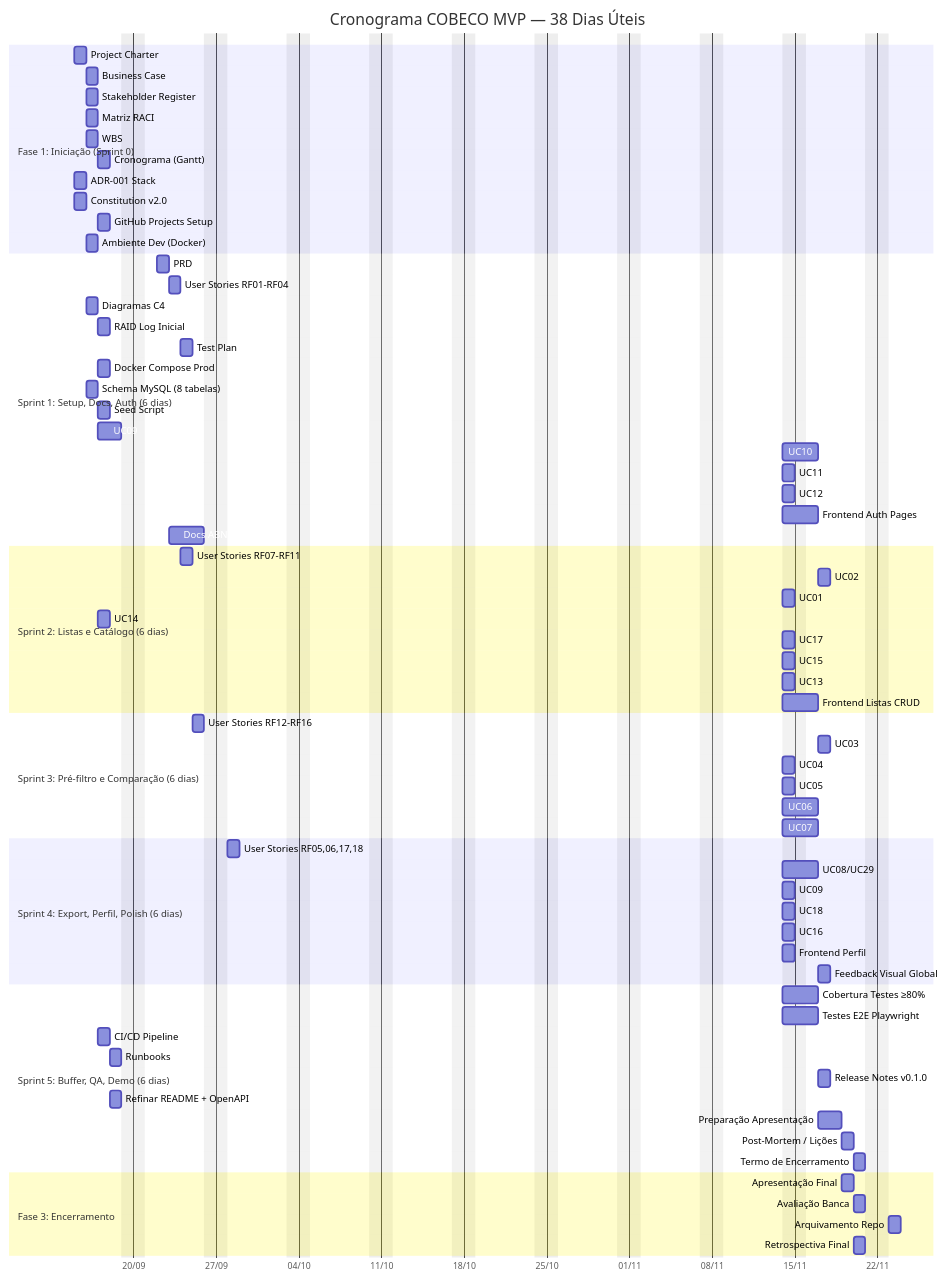
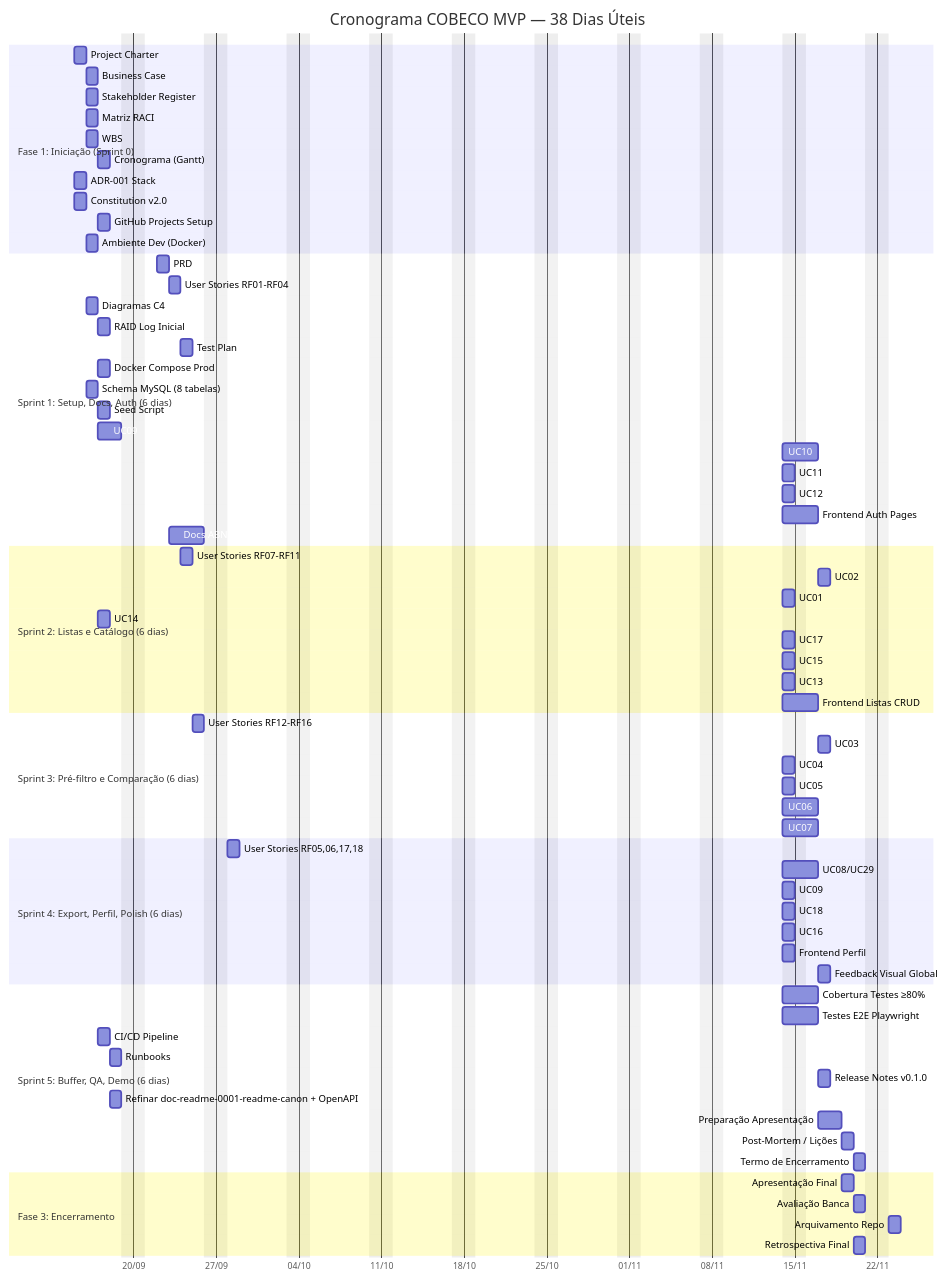
Before and after one commit to leonardosetti/COBECO: the first of 2 diagrams in docs/strategy/SCHEDULE.md, drawn with Mermaid. The commit also changed other lines of this file and 1425 other files, not shown here.

````diff
--- a/docs/strategy/SCHEDULE.md
+++ b/docs/strategy/SCHEDULE.md
@@ -13,79 +13,79 @@
 ```mermaid
 gantt
     title Cronograma COBECO MVP — 38 Dias Úteis
     dateFormat  YYYY-MM-DD
     axisFormat  %d/%m
     excludes    weekends
 
     section Fase 1: Iniciação (Sprint 0)
     Project Charter           :a1, 2026-09-15, 1d
     Business Case             :a2, after a1, 0.5d
     Stakeholder Register      :a3, after a1, 0.5d
     Matriz RACI               :a4, after a1, 0.5d
     WBS                       :a5, after a1, 0.5d
     Cronograma (Gantt)        :a6, after a5, 0.5d
     ADR-001 Stack             :a7, 2026-09-15, 1d
     Constitution v2.0         :a8, 2026-09-15, 0.5d
     GitHub Projects Setup     :a9, after a4, 1d
     Ambiente Dev (Docker)     :a10, after a7, 1d
 
     section Sprint 1: Setup, Docs, Auth (6 dias)
     PRD                       :b1, 2026-09-22, 1d
     User Stories RF01-RF04    :b2, after b1, 1d
     Diagramas C4              :b3, after a7, 1d
     RAID Log Inicial          :b4, after a3, 0.5d
     Test Plan                 :b5, after b2, 0.5d
     Docker Compose Prod       :b6, after a10, 1d
     Schema MySQL (8 tabelas)  :b7, after a7, 1d
     Seed Script               :b8, after b7, 1d
     UC09: Cadastrar Usuario   :b9, after b7, 1.5d
     UC10: Login JWT           :b10, after b9, 1.5d
     UC11: Logout              :b11, after b10, 0.5d
     UC12: Recuperar Senha     :b12, after b9, 1d
     Frontend Auth Pages       :b13, after b9, 2d
     Docs ABNT                 :b14, after b1, 3d
 
     section Sprint 2: Listas e Catálogo (6 dias)
     User Stories RF07-RF11    :c1, after b2, 0.5d
     UC02: Autocomplete        :c2, after b13, 1d
     UC01: Lista em Memória    :c3, after c2, 1d
     UC14: Salvar Lista        :c4, after b7, 1d
     UC17: Promover Lista      :c5, after c3 c4, 1d
     UC15: Listar Minhas Listas:c6, after c4, 1d
     UC13: Editar/Excluir Lista:c7, after c6, 1d
     Frontend Listas CRUD      :c8, after c4 c6, 2d
 
     section Sprint 3: Pré-filtro e Comparação (6 dias)
     User Stories RF12-RF16    :d1, after c1, 0.5d
     UC03: Selecionar Categorias:d2, after c8, 1d
     UC04: Selecionar Forneced.:d3, after d2, 1d
     UC05: Filtrar Disponibil. :d4, after d3, 1d
     UC06: Calcular Orçamento  :d5, after c4, 1.5d
     UC07: Visualizar Resultados:d6, after d5, 1.5d
 
     section Sprint 4: Export, Perfil, Polish (6 dias)
     User Stories RF05,06,17,18:e1, after d1, 0.5d
     UC08/UC29: Export PDF     :e2, after c4, 1.5d
     UC09: Otimização Impressão:e3, after e2, 1d
     UC18: Visualizar Perfil   :e4, after b9, 1d
     UC16: Gerenciar Perfil    :e5, after e4, 1d
     Frontend Perfil           :e6, after e4, 1d
     Feedback Visual Global    :e7, after c8, 1d
 
     section Sprint 5: Buffer, QA, Demo (6 dias)
     Cobertura Testes ≥80%     :f1, after e2, 2d
     Testes E2E Playwright     :f2, after e2, 1.5d
     CI/CD Pipeline            :f3, after a10, 1d
     Runbooks                  :f4, after f3, 1d
     Release Notes v0.1.0      :f5, after f1, 0.5d
-    Refinar README + OpenAPI  :f6, after f3, 0.5d
+    Refinar doc-readme-0001-readme-canon + OpenAPI  :f6, after f3, 0.5d
     Preparação Apresentação   :f7, after f1, 1.5d
     Post-Mortem / Lições      :f8, after f7, 0.5d
     Termo de Encerramento     :f9, after f8, 0.5d
 
     section Fase 3: Encerramento
     Apresentação Final        :g1, after f7, 1d
     Avaliação Banca           :g2, after g1, 1d
     Arquivamento Repo         :g3, after g2, 1d
     Retrospectiva Final       :g4, after g1, 0.5d
 ```
````
